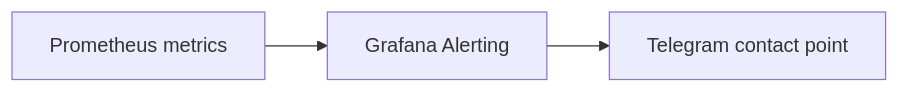
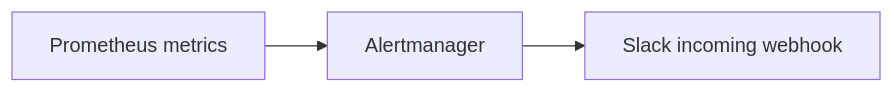
One commit to ngochai2909/kuberag-platform changed the ninth of 10 diagrams in docs/ARCHITECTURE.md. Above: the diagram before and after it, drawn with Mermaid. The commit also changed other lines of this file and 51 other files, not shown here.

````diff
--- a/docs/ARCHITECTURE.md
+++ b/docs/ARCHITECTURE.md
@@ -361,5 +361,5 @@
 ```mermaid
 flowchart LR
-    Metrics["Prometheus metrics"] --> Alert["Grafana Alerting"]
-    Alert --> Telegram["Telegram contact point"]
+    Metrics["Prometheus metrics"] --> Alert["Alertmanager"]
+    Alert --> Slack["Slack incoming webhook"]
 ```
````
